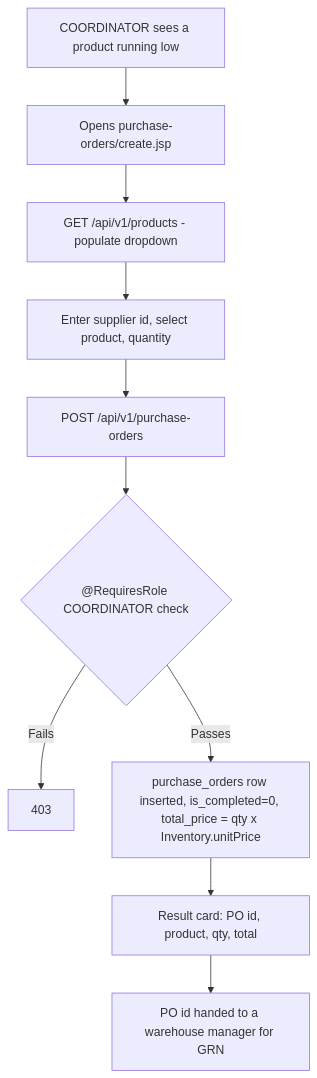
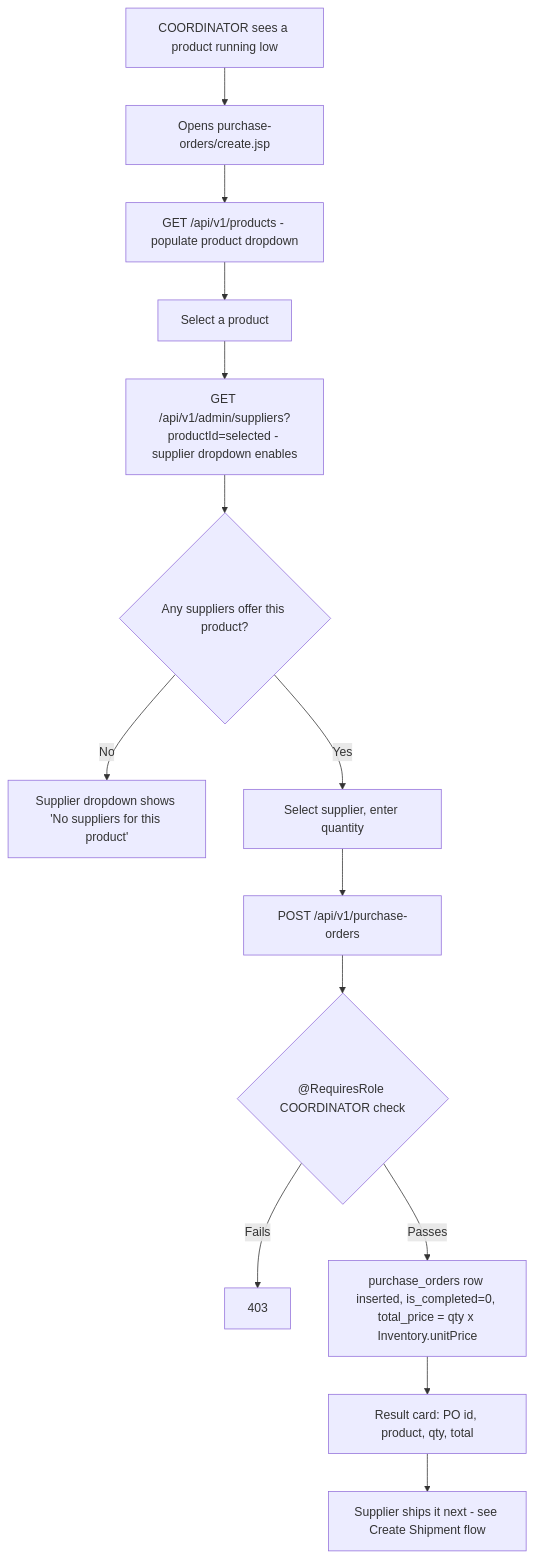
One commit to wishva-kalhara/GlobalTradeLogistics changed diagram 17 of 26 in .no-build/docs/E2E_FLOWS.md. Above: the diagram before and after it, drawn with Mermaid. The commit also changed other lines of this file and 5 other files, not shown here.

````diff
--- a/.no-build/docs/E2E_FLOWS.md
+++ b/.no-build/docs/E2E_FLOWS.md
@@ -222,12 +256,16 @@
 ```mermaid
 flowchart TD
     A[COORDINATOR sees a product running low] --> B[Opens purchase-orders/create.jsp]
-    B --> C[GET /api/v1/products - populate dropdown]
-    C --> D[Enter supplier id, select product, quantity]
-    D --> E[POST /api/v1/purchase-orders]
-    E --> F{"@RequiresRole COORDINATOR check"}
-    F -- Fails --> G[403]
-    F -- Passes --> H[purchase_orders row inserted, is_completed=0, total_price = qty x Inventory.unitPrice]
-    H --> I[Result card: PO id, product, qty, total]
-    I --> J[PO id handed to a warehouse manager for GRN]
+    B --> C[GET /api/v1/products - populate product dropdown]
+    C --> D[Select a product]
+    D --> E[GET /api/v1/admin/suppliers?productId=selected - supplier dropdown enables]
+    E --> F{Any suppliers offer this product?}
+    F -- No --> G["Supplier dropdown shows 'No suppliers for this product'"]
+    F -- Yes --> H[Select supplier, enter quantity]
+    H --> I[POST /api/v1/purchase-orders]
+    I --> J{"@RequiresRole COORDINATOR check"}
+    J -- Fails --> K[403]
+    J -- Passes --> L[purchase_orders row inserted, is_completed=0, total_price = qty x Inventory.unitPrice]
+    L --> M[Result card: PO id, product, qty, total]
+    M --> N[Supplier ships it next - see Create Shipment flow]
 ```
````
